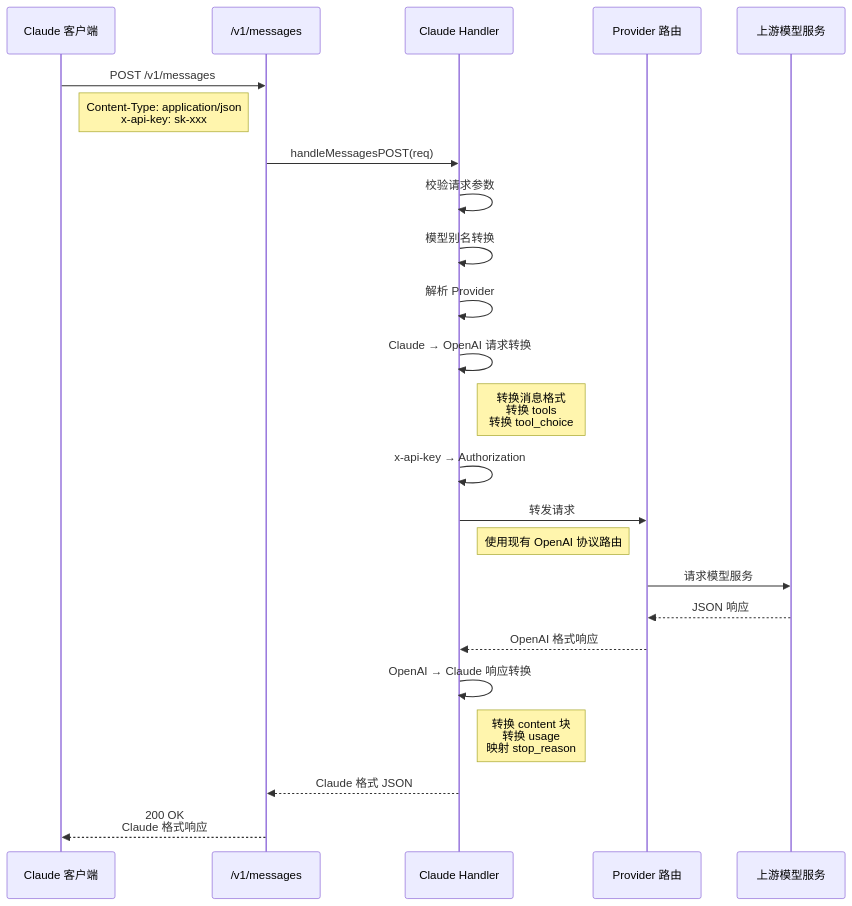
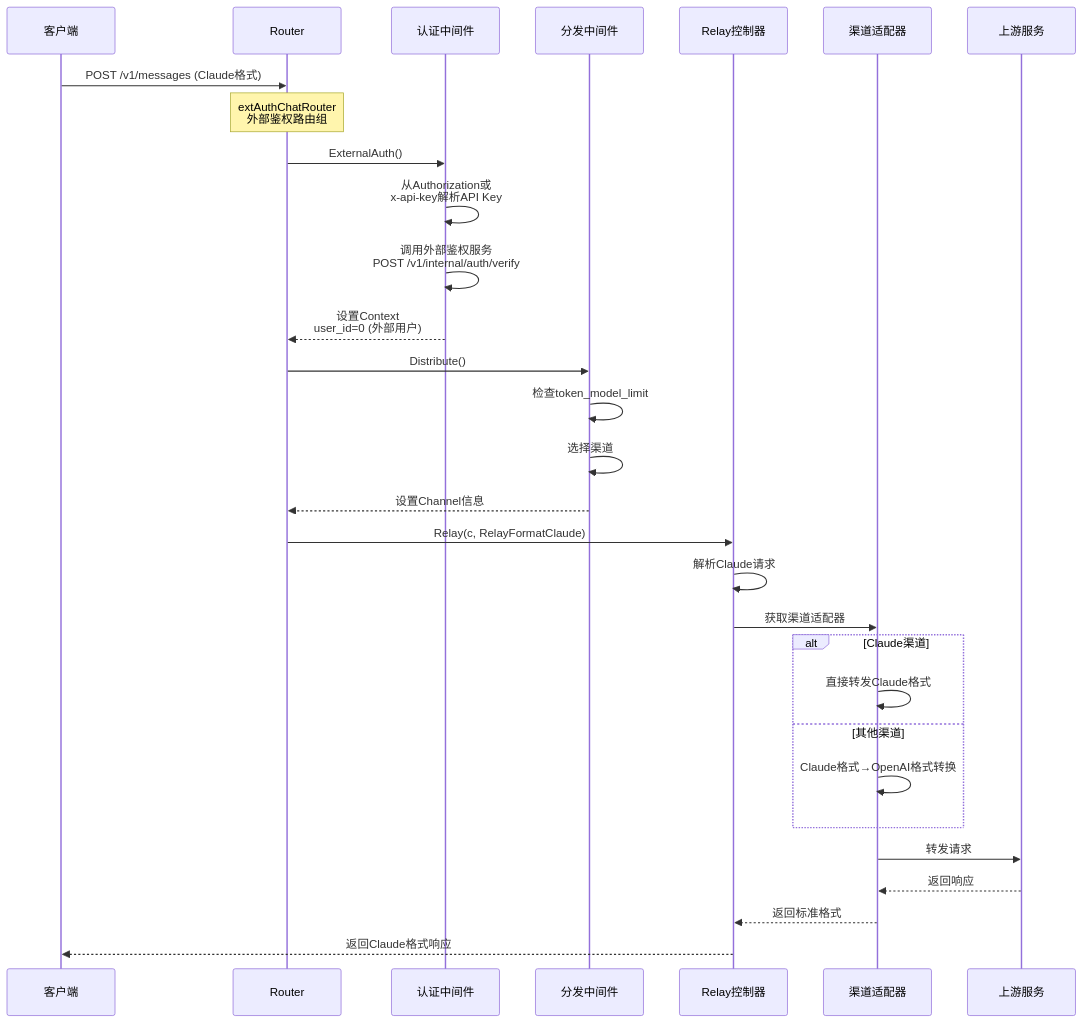
The second of 7 diagrams in claudecode/技术方案.md (RudolphHuang/openclaw_doc), drawn with Mermaid before and after one commit. The commit also changed other lines of this file, not shown here.

````diff
--- a/claudecode/技术方案.md
+++ b/claudecode/技术方案.md
@@ -124,33 +86,39 @@
 ```mermaid
 sequenceDiagram
-    participant Client as Claude 客户端
-    participant Route as /v1/messages
-    participant Handler as Claude Handler
-    participant Provider as Provider 路由
-    participant Upstream as 上游模型服务
+    participant Client as 客户端
+    participant Router as Router
+    participant Auth as 认证中间件
+    participant Distribute as 分发中间件
+    participant Relay as Relay控制器
+    participant Channel as 渠道适配器
+    participant Upstream as 上游服务
 
-    Client->>Route: POST /v1/messages
-    Note right of Client: Content-Type: application/json<br/>x-api-key: sk-xxx
+    Client->>Router: POST /v1/messages (Claude格式)
     
-    Route->>Handler: handleMessagesPOST(req)
+    Note over Router: extAuthChatRouter<br/>外部鉴权路由组
     
-    Handler->>Handler: 校验请求参数
-    Handler->>Handler: 模型别名转换
-    Handler->>Handler: 解析 Provider
-    Handler->>Handler: Claude → OpenAI 请求转换
-    Note right of Handler: 转换消息格式<br/>转换 tools<br/>转换 tool_choice
+    Router->>Auth: ExternalAuth()
+    Auth->>Auth: 从Authorization或<br/>x-api-key解析API Key
+    Auth->>Auth: 调用外部鉴权服务<br/>POST /v1/internal/auth/verify
+    Auth-->>Router: 设置Context<br/>user_id=0 (外部用户)
     
-    Handler->>Handler: x-api-key → Authorization
-    Handler->>Provider: 转发请求
-    Note right of Handler: 使用现有 OpenAI 协议路由
+    Router->>Distribute: Distribute()
+    Distribute->>Distribute: 检查token_model_limit
+    Distribute->>Distribute: 选择渠道
+    Distribute-->>Router: 设置Channel信息
     
-    Provider->>Upstream: 请求模型服务
-    Upstream-->>Provider: JSON 响应
+    Router->>Relay: Relay(c, RelayFormatClaude)
+    Relay->>Relay: 解析Claude请求
+    Relay->>Channel: 获取渠道适配器
     
-    Provider-->>Handler: OpenAI 格式响应
-    Handler->>Handler: OpenAI → Claude 响应转换
-    Note right of Handler: 转换 content 块<br/>转换 usage<br/>映射 stop_reason
+    alt Claude渠道
+        Channel->>Channel: 直接转发Claude格式
+    else 其他渠道
+        Channel->>Channel: Claude格式→OpenAI格式转换
+    end
     
-    Handler-->>Route: Claude 格式 JSON
-    Route-->>Client: 200 OK<br/>Claude 格式响应
+    Channel->>Upstream: 转发请求
+    Upstream-->>Channel: 返回响应
+    Channel-->>Relay: 返回标准格式
+    Relay-->>Client: 返回Claude格式响应
 ```
````
